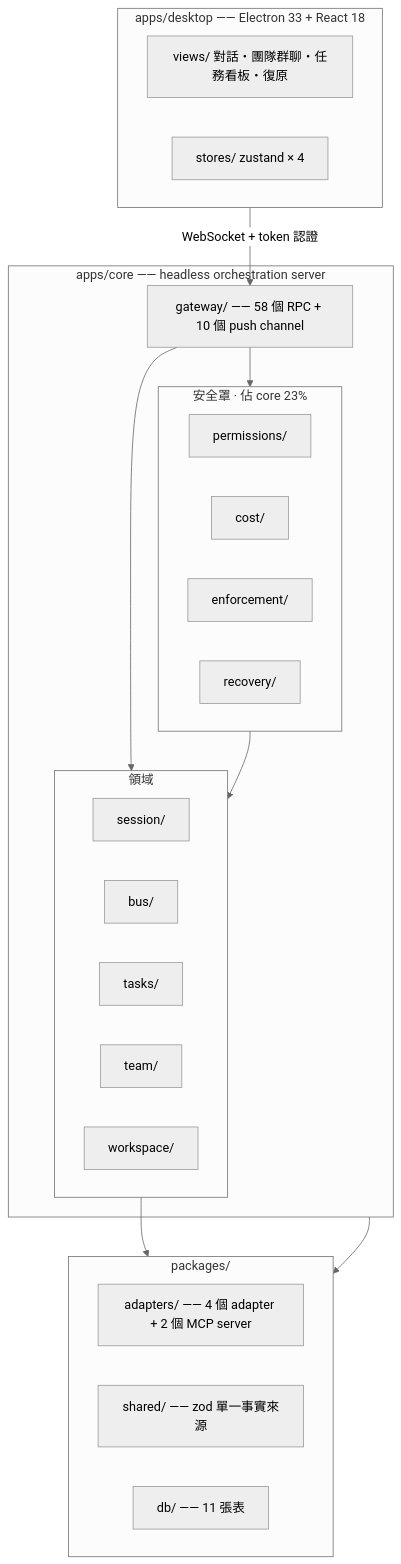
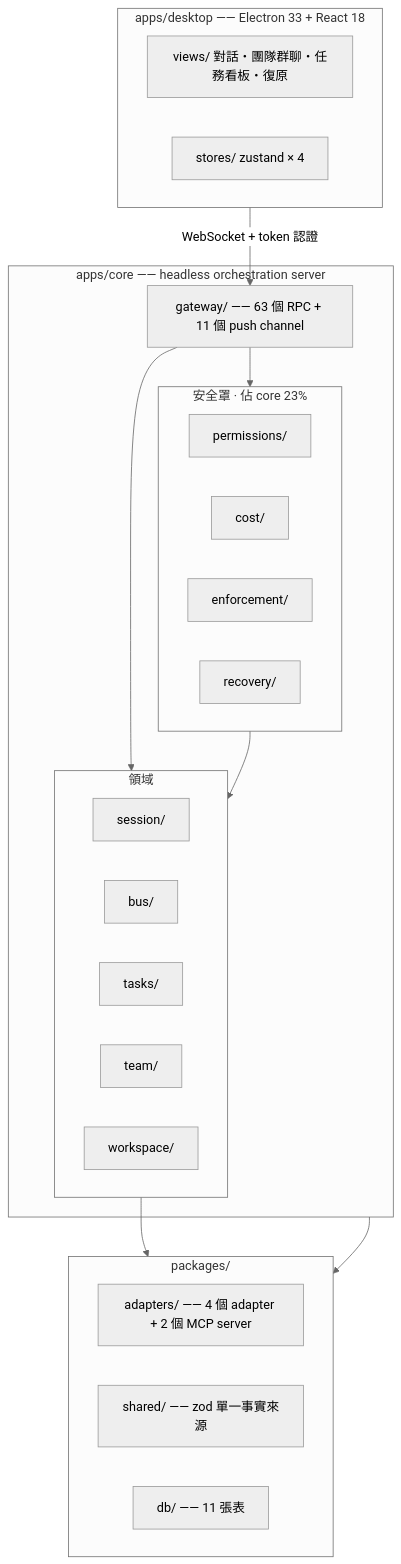
One commit to xing-101729/deskmony changed the second of 3 diagrams in README.zh-Hant.md. Above: the diagram before and after it, drawn with Mermaid (neutral theme). The commit also changed other lines of this file and 3 other files, not shown here.

First line of the commit message:
Add a capability-oriented FEATURES.md, refresh remote-capability claims in README/ARCHITECTURE

````diff
--- a/README.zh-Hant.md
+++ b/README.zh-Hant.md
@@ -105,41 +108,41 @@
 ```mermaid
 flowchart TB
     subgraph SHELL["apps/desktop —— Electron 33 + React 18"]
         direction LR
         Views["views/ 對話・團隊群聊・任務看板・復原"]
         Stores["stores/ zustand × 4"]
     end
 
     subgraph CORE["apps/core —— headless orchestration server"]
-        GW["gateway/ —— 58 個 RPC + 10 個 push channel"]
+        GW["gateway/ —— 63 個 RPC + 11 個 push channel"]
         subgraph DOMAIN["領域"]
             direction LR
             Sess["session/"]
             Bus["bus/"]
             Task["tasks/"]
             Team["team/"]
             Work["workspace/"]
         end
         subgraph SHIELD["安全罩 · 佔 core 23%"]
             direction LR
             Perm["permissions/"]
             Cost["cost/"]
             Enf["enforcement/"]
             Rec["recovery/"]
         end
     end
 
     subgraph PKG["packages/"]
         direction LR
         Adapters["adapters/ —— 4 個 adapter + 2 個 MCP server"]
         Shared["shared/ —— zod 單一事實來源"]
         Db["db/ —— 11 張表"]
     end
 
     SHELL -- "WebSocket + token 認證" --> GW
     GW --> DOMAIN
     GW --> SHIELD
     SHIELD --> DOMAIN
     DOMAIN --> Adapters
     CORE --> Db
 ```
````
